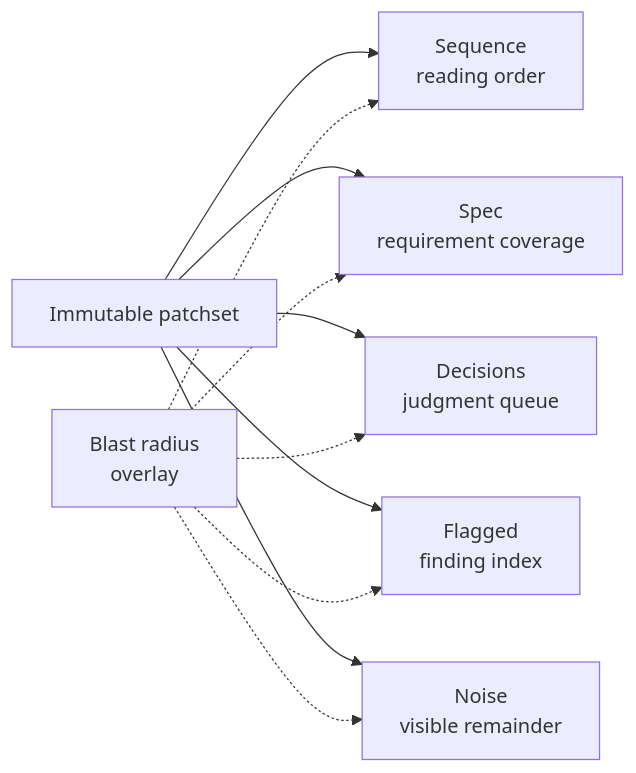
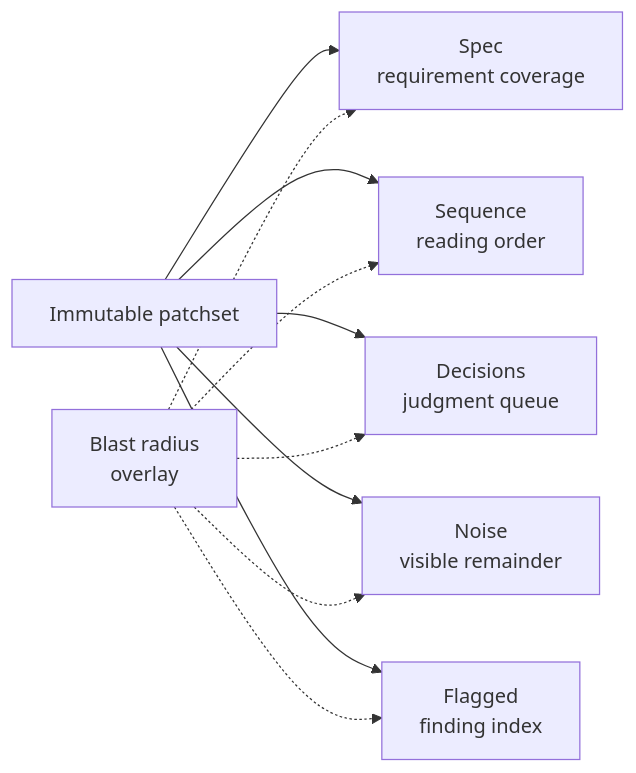
One commit to rbutera/Rennet changed the diagram in docs/developing/concepts/review-lenses.md. Above: the diagram before and after it, drawn with Mermaid. The commit also changed other lines of this file and 28 other files, not shown here.

````diff
--- a/docs/developing/concepts/review-lenses.md
+++ b/docs/developing/concepts/review-lenses.md
@@ -10,21 +10,21 @@
 ```mermaid
 flowchart LR
   patch["Immutable patchset"]
+  spec["Spec<br/>requirement coverage"]
   sequence["Sequence<br/>reading order"]
-  spec["Spec<br/>requirement coverage"]
   decisions["Decisions<br/>judgment queue"]
+  noise["Noise<br/>visible remainder"]
   flagged["Flagged<br/>finding index"]
-  noise["Noise<br/>visible remainder"]
   blast["Blast radius<br/>overlay"]
 
+  patch --> spec
   patch --> sequence
-  patch --> spec
   patch --> decisions
+  patch --> noise
   patch --> flagged
-  patch --> noise
+  blast -.-> spec
   blast -.-> sequence
-  blast -.-> spec
   blast -.-> decisions
+  blast -.-> noise
   blast -.-> flagged
-  blast -.-> noise
 ```
````
